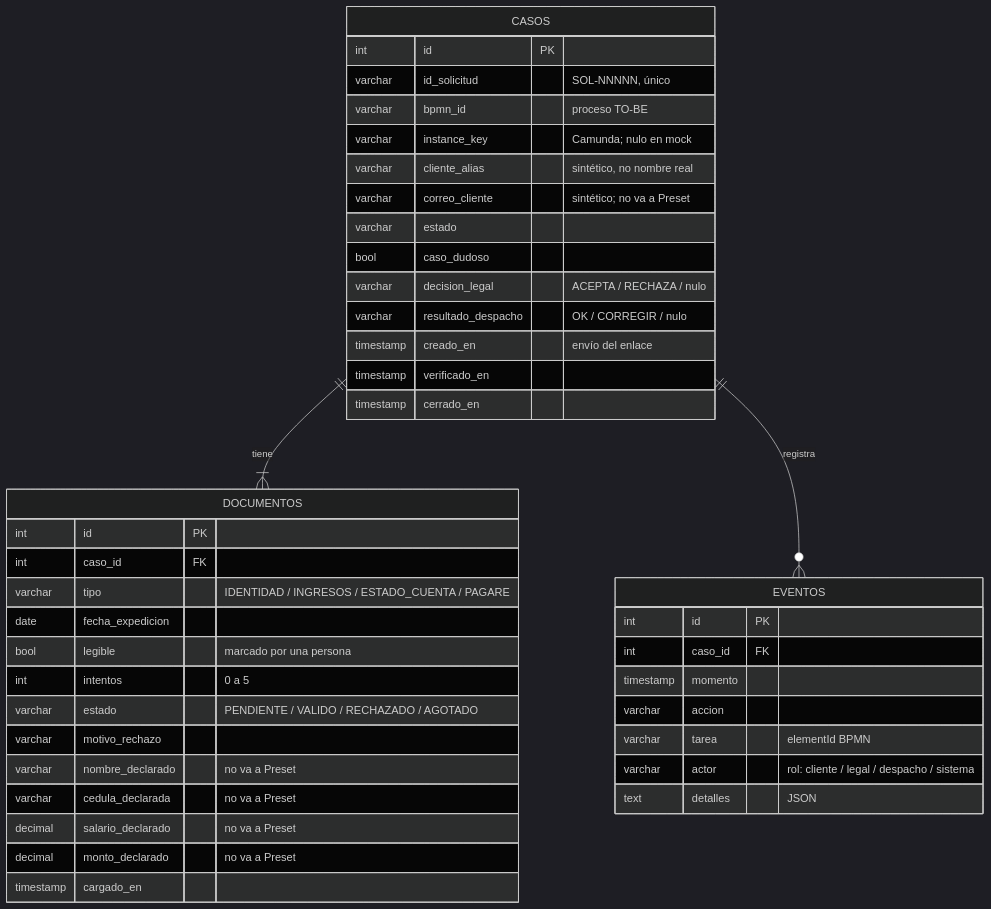
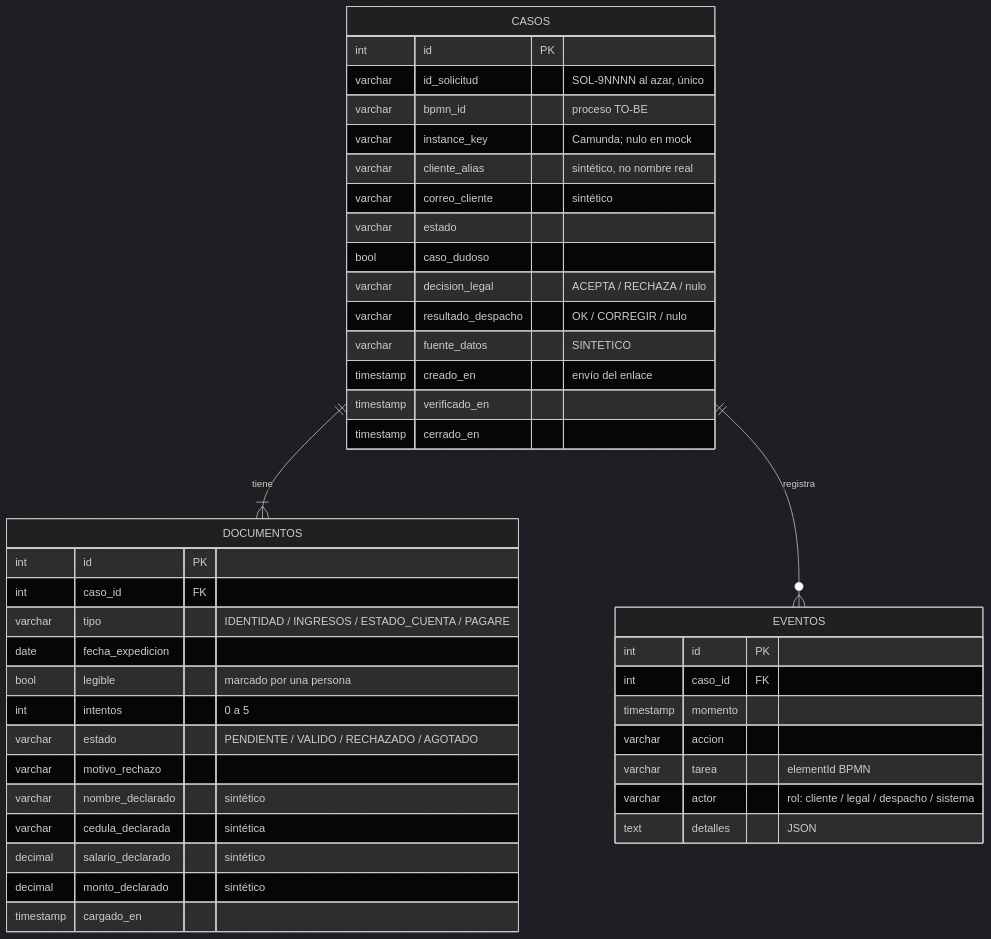
One commit to anaochoar92-lang/Flujo-de-credito changed the diagram in trabajos/mi-proceso/14-mvp/modelo-equipo.md. Above: the diagram before and after it, drawn with Mermaid (dark theme). The commit also changed other lines of this file and 2 other files, not shown here.

Commit message:
Paso 22: modelo de datos del MVP aprobado (ronda 18)

````diff
--- a/trabajos/mi-proceso/14-mvp/modelo-equipo.md
+++ b/trabajos/mi-proceso/14-mvp/modelo-equipo.md
@@ -10,44 +10,45 @@
 ```mermaid
 erDiagram
     CASOS ||--|{ DOCUMENTOS : tiene
     CASOS ||--o{ EVENTOS : registra
     CASOS {
         int id PK
-        varchar id_solicitud "SOL-NNNNN, único"
+        varchar id_solicitud "SOL-9NNNN al azar, único"
         varchar bpmn_id "proceso TO-BE"
         varchar instance_key "Camunda; nulo en mock"
         varchar cliente_alias "sintético, no nombre real"
-        varchar correo_cliente "sintético; no va a Preset"
+        varchar correo_cliente "sintético"
         varchar estado
         bool caso_dudoso
         varchar decision_legal "ACEPTA / RECHAZA / nulo"
         varchar resultado_despacho "OK / CORREGIR / nulo"
+        varchar fuente_datos "SINTETICO"
         timestamp creado_en "envío del enlace"
         timestamp verificado_en
         timestamp cerrado_en
     }
     DOCUMENTOS {
         int id PK
         int caso_id FK
         varchar tipo "IDENTIDAD / INGRESOS / ESTADO_CUENTA / PAGARE"
         date fecha_expedicion
         bool legible "marcado por una persona"
         int intentos "0 a 5"
         varchar estado "PENDIENTE / VALIDO / RECHAZADO / AGOTADO"
         varchar motivo_rechazo
-        varchar nombre_declarado "no va a Preset"
-        varchar cedula_declarada "no va a Preset"
-        decimal salario_declarado "no va a Preset"
-        decimal monto_declarado "no va a Preset"
+        varchar nombre_declarado "sintético"
+        varchar cedula_declarada "sintética"
+        decimal salario_declarado "sintético"
+        decimal monto_declarado "sintético"
         timestamp cargado_en
     }
     EVENTOS {
         int id PK
         int caso_id FK
         timestamp momento
         varchar accion
         varchar tarea "elementId BPMN"
         varchar actor "rol: cliente / legal / despacho / sistema"
         text detalles "JSON"
     }
 ```
````
